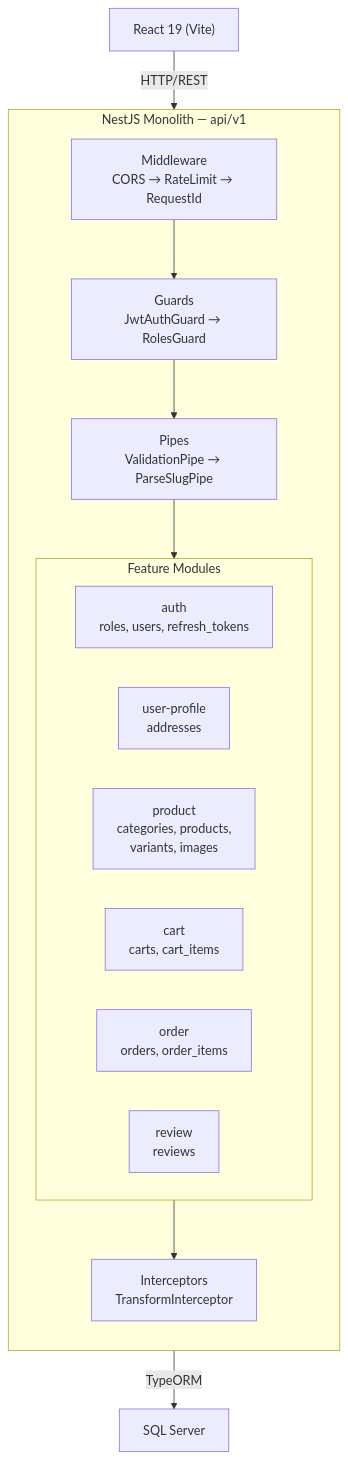
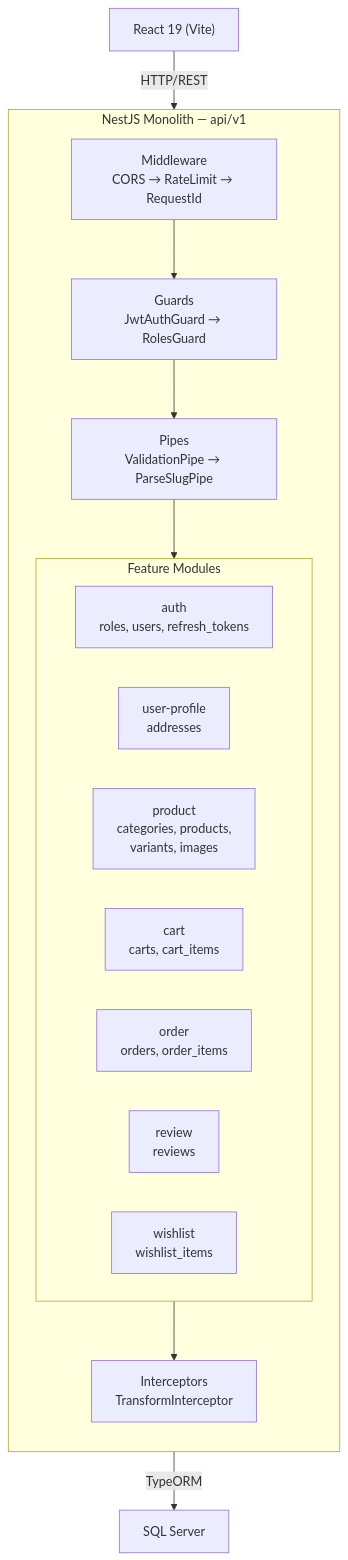
Before and after one commit to Hy-Khang/E-commerce-shop-Amazon-: the first of 3 diagrams in backend-nestjs/docs/BE-ARCHITECTURE.md, drawn with Mermaid. The commit also changed other lines of this file and 18 other files, not shown here.

````diff
--- a/backend-nestjs/docs/BE-ARCHITECTURE.md
+++ b/backend-nestjs/docs/BE-ARCHITECTURE.md
@@ -5,24 +5,25 @@
 ```mermaid
 graph TB
     Client["React 19 (Vite)"] -->|HTTP/REST| API["NestJS API Monolith"]
     API -->|TypeORM| DB["SQL Server"]
 
     subgraph API["NestJS Monolith — api/v1"]
         direction TB
         MW["Middleware<br/>CORS → RateLimit → RequestId"]
         MW --> Guards["Guards<br/>JwtAuthGuard → RolesGuard"]
         Guards --> Pipes["Pipes<br/>ValidationPipe → ParseSlugPipe"]
         Pipes --> Features
 
         subgraph Features["Feature Modules"]
             Auth["auth<br/>roles, users, refresh_tokens"]
             UP["user-profile<br/>addresses"]
             Prod["product<br/>categories, products,<br/>variants, images"]
             Cart["cart<br/>carts, cart_items"]
             Order["order<br/>orders, order_items"]
             Review["review<br/>reviews"]
+            Wishlist["wishlist<br/>wishlist_items"]
         end
 
         Features --> INT["Interceptors<br/>TransformInterceptor"]
     end
 ```
````
